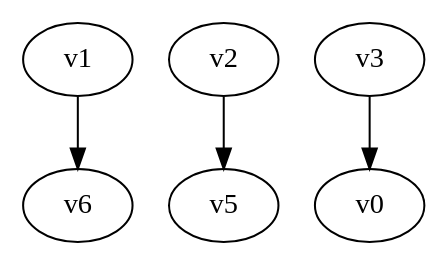
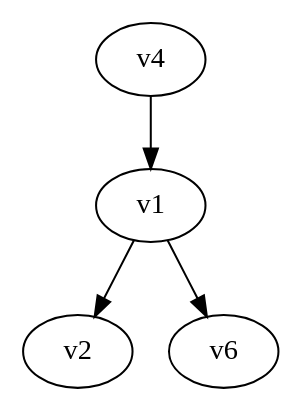
Before and after one commit to yadej/graph_project: the diagram in digraph.dot, drawn with Graphviz. The commit also changed 1 other file, not shown here.

```diff
--- a/digraph.dot
+++ b/digraph.dot
@@ -1,5 +1,5 @@
 digraph G { 
+v1 -> v2;
 v1 -> v6;
-v2 -> v5;
-v3 -> v0;
+v4 -> v1;
 }
```
